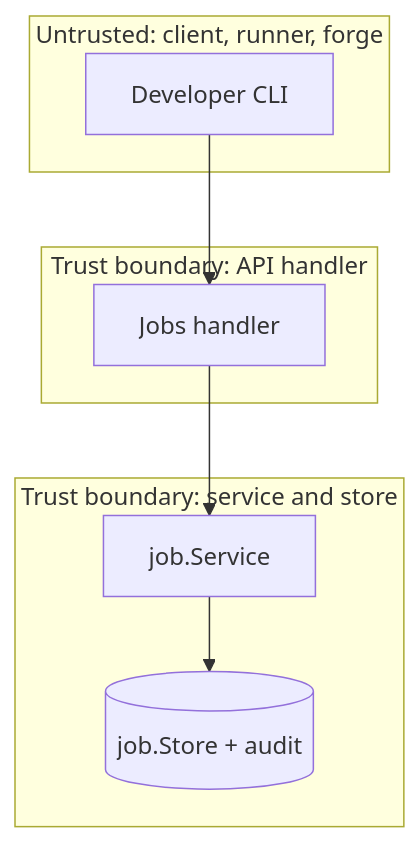
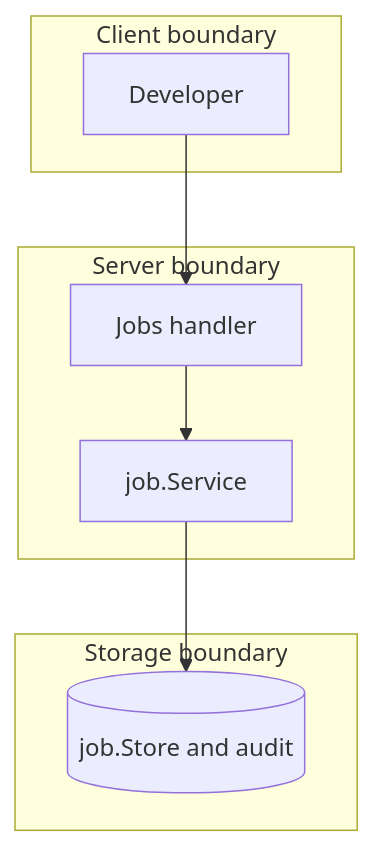
One commit to OpenDustpan/OpenDustpan changed the second of 2 diagrams in openspec/changes/add-job-service-routes-start-1/design.md. Above: the diagram before and after it, drawn with Mermaid. The commit also changed other lines of this file and 35 other files, not shown here.

````diff
--- a/openspec/changes/add-job-service-routes-start-1/design.md
+++ b/openspec/changes/add-job-service-routes-start-1/design.md
@@ -109,14 +48,14 @@
 ```mermaid
 flowchart TB
-subgraph ext[Untrusted: client, runner, forge]
-C[Developer CLI]
+subgraph Client[Client boundary]
+C[Developer]
 end
-subgraph b1[Trust boundary: API handler]
-H[Jobs handler]
+subgraph Server[Server boundary]
+H[Jobs handler] --> S[job.Service]
 end
-subgraph b2[Trust boundary: service and store]
-S[job.Service]
-D[(job.Store + audit)]
+subgraph Storage[Storage boundary]
+D[(job.Store and audit)]
 end
-C --> H --> S --> D
+C --> H
+S --> D
 ```
````
